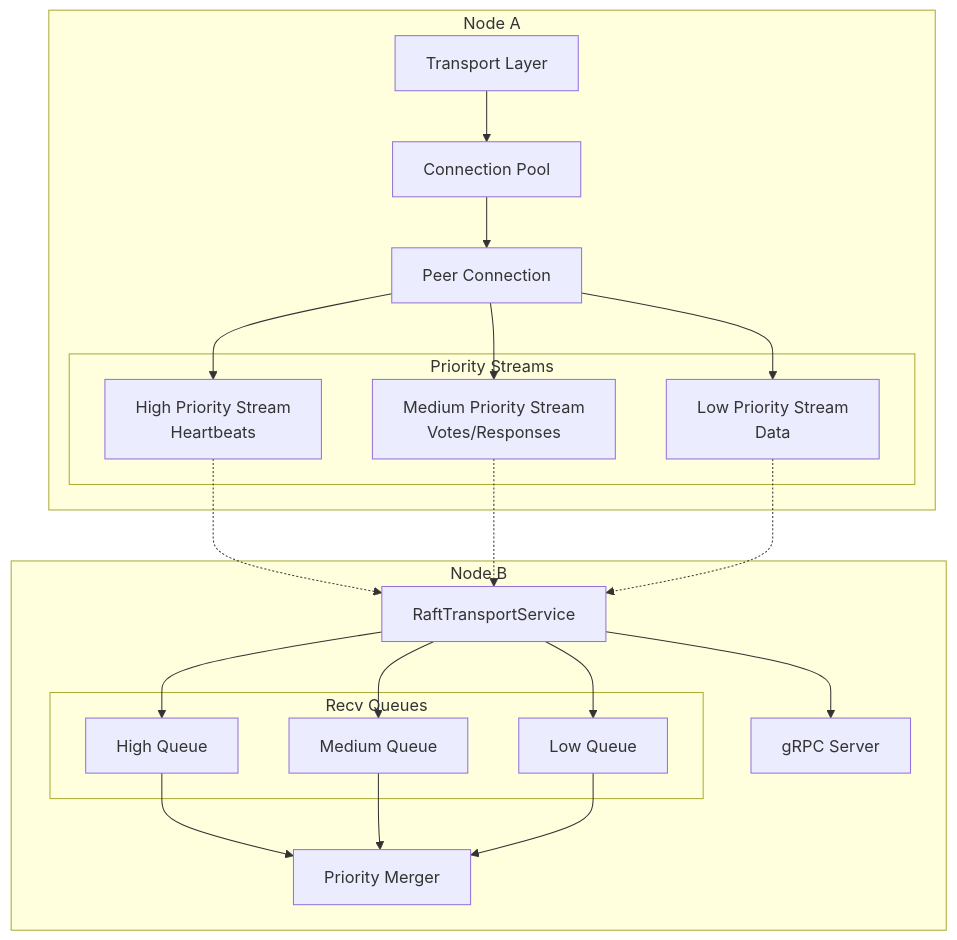
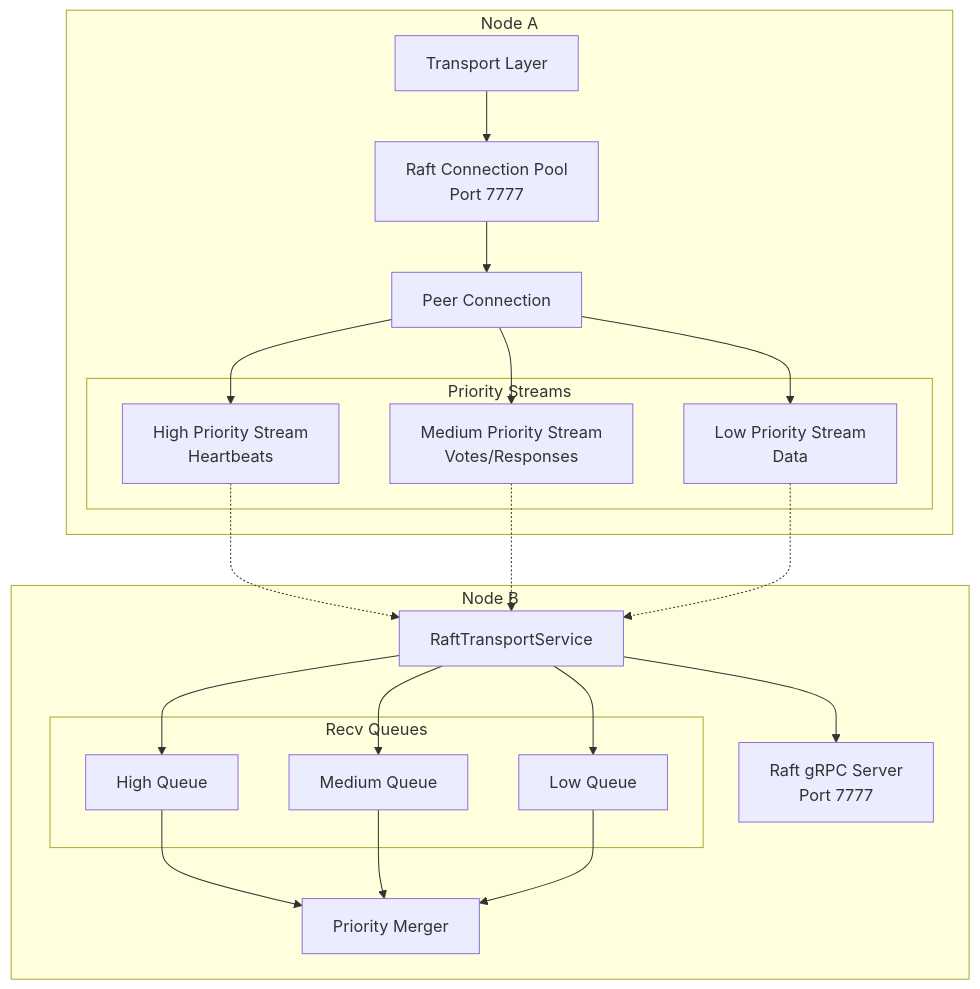
The first of 5 diagrams in docs/architecture/grpc-connections.md (formancehq/ledger), drawn with Mermaid before and after one commit. The commit also changed other lines of this file and 29 other files, not shown here.

````diff
--- a/docs/architecture/grpc-connections.md
+++ b/docs/architecture/grpc-connections.md
@@ -9,46 +33,46 @@
 ```mermaid
 graph TB
     subgraph "Node A"
         Transport[Transport Layer]
-        ConnPool[Connection Pool]
+        ConnPool[Raft Connection Pool<br/>Port 7777]
         PeerConn[Peer Connection]
         
         subgraph "Priority Streams"
             HighStream[High Priority Stream<br/>Heartbeats]
             MedStream[Medium Priority Stream<br/>Votes/Responses]
             LowStream[Low Priority Stream<br/>Data]
         end
     end
     
     subgraph "Node B"
-        GRPCServer[gRPC Server]
+        GRPCServer[Raft gRPC Server<br/>Port 7777]
         RaftService[RaftTransportService]
         
         subgraph "Recv Queues"
             HighQ[High Queue]
             MedQ[Medium Queue]
             LowQ[Low Queue]
         end
         Merger[Priority Merger]
     end
     
     Transport --> ConnPool
     ConnPool --> PeerConn
     PeerConn --> HighStream
     PeerConn --> MedStream
     PeerConn --> LowStream
     
     HighStream -.-> RaftService
     MedStream -.-> RaftService
     LowStream -.-> RaftService
     
     RaftService --> HighQ
     RaftService --> MedQ
     RaftService --> LowQ
     
     HighQ --> Merger
     MedQ --> Merger
     LowQ --> Merger
     
     RaftService --> GRPCServer
 ```
````
